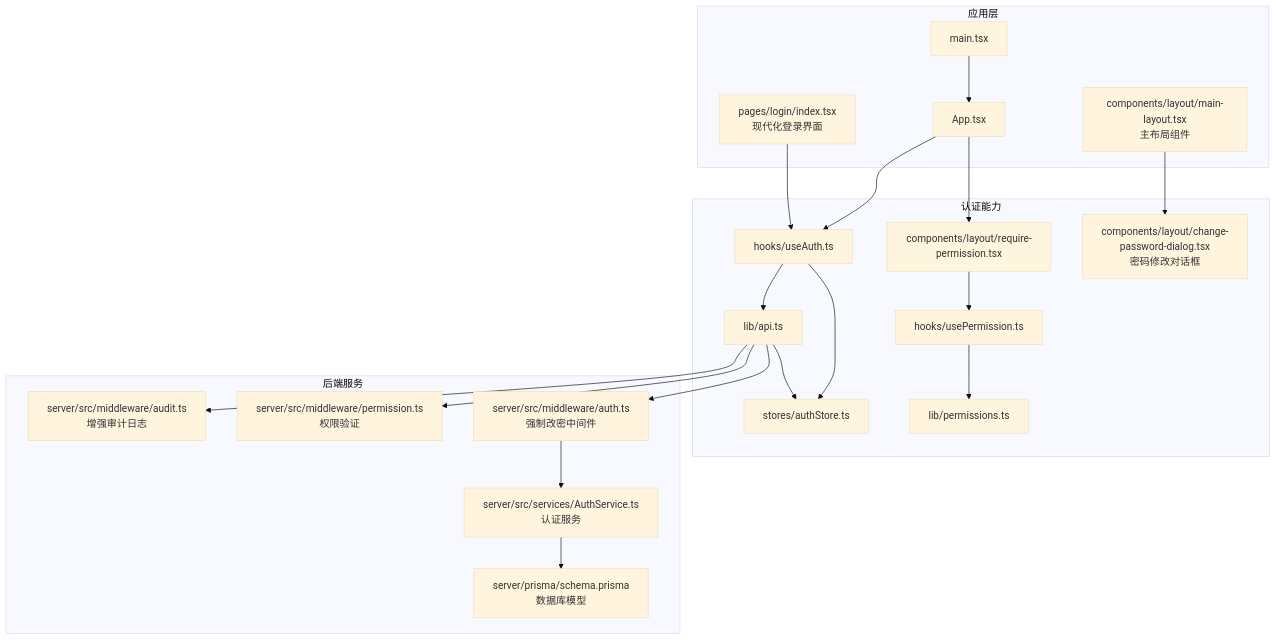
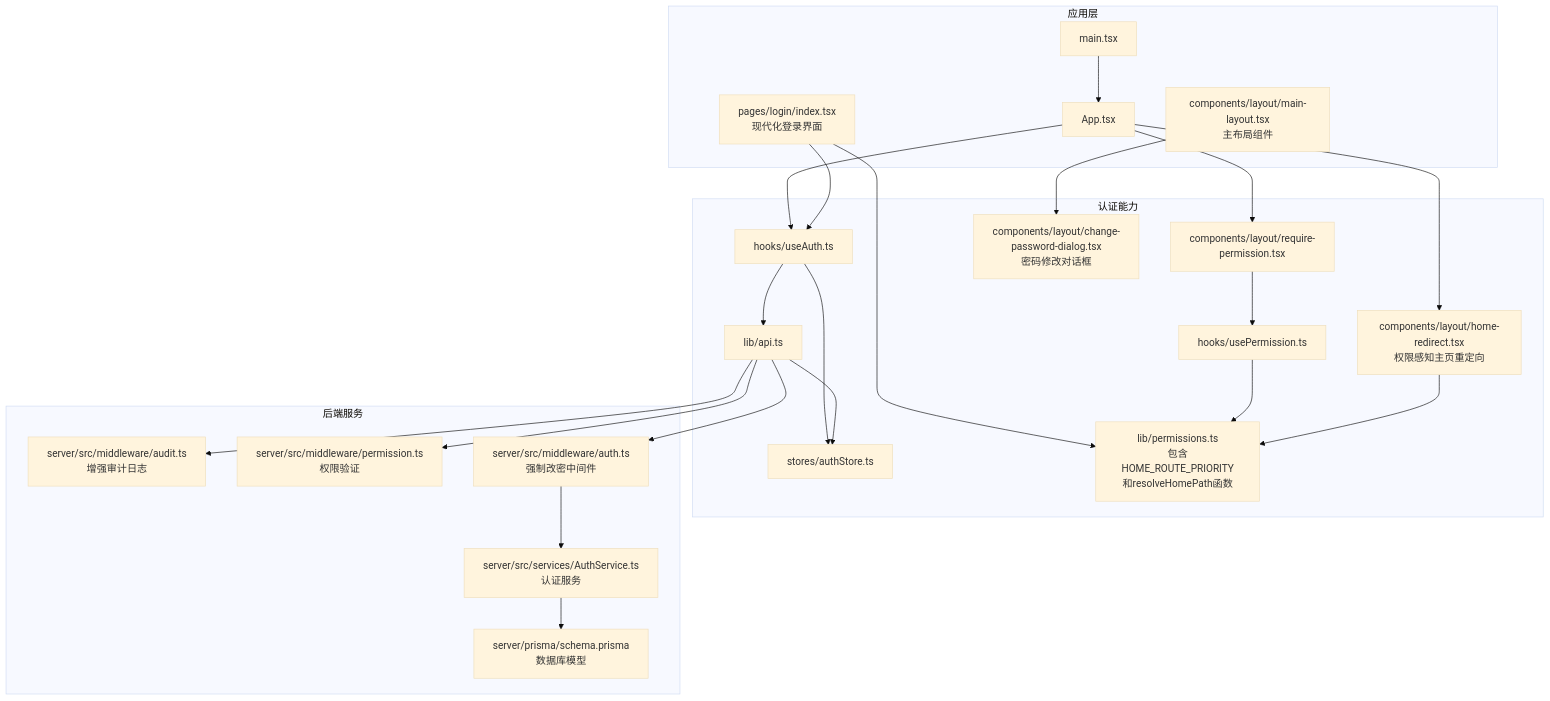
Before and after one commit to Damao997/newproject: the first of 12 diagrams in .qoder/repowiki/zh/content/核心模块/用户认证系统.md, drawn with Mermaid (base theme). The commit also changed other lines of this file and 57 other files, not shown here.

````diff
--- a/.qoder/repowiki/zh/content/核心模块/用户认证系统.md
+++ b/.qoder/repowiki/zh/content/核心模块/用户认证系统.md
@@ -65,40 +70,44 @@
 ```mermaid
 graph TB
 subgraph "应用层"
 APP["App.tsx"]
 MAIN["main.tsx"]
 LOGIN["pages/login/index.tsx<br/>现代化登录界面"]
 LAYOUT["components/layout/main-layout.tsx<br/>主布局组件"]
 end
 subgraph "认证能力"
 USEAUTH["hooks/useAuth.ts"]
 AUTHSTORE["stores/authStore.ts"]
 API["lib/api.ts"]
 PERMHOOK["hooks/usePermission.ts"]
-PERMLIB["lib/permissions.ts"]
+PERMLIB["lib/permissions.ts<br/>包含HOME_ROUTE_PRIORITY<br/>和resolveHomePath函数"]
 GUARD["components/layout/require-permission.tsx"]
 DIALOG["components/layout/change-password-dialog.tsx<br/>密码修改对话框"]
+HOMEREDIRECT["components/layout/home-redirect.tsx<br/>权限感知主页重定向"]
 end
 subgraph "后端服务"
 AUDIT["server/src/middleware/audit.ts<br/>增强审计日志"]
 PERMS["server/src/middleware/permission.ts<br/>权限验证"]
 AUTHMW["server/src/middleware/auth.ts<br/>强制改密中间件"]
 SERVICES["server/src/services/AuthService.ts<br/>认证服务"]
 SCHEMA["server/prisma/schema.prisma<br/>数据库模型"]
 end
 APP --> USEAUTH
 APP --> GUARD
+APP --> HOMEREDIRECT
 MAIN --> APP
 LOGIN --> USEAUTH
+LOGIN --> PERMLIB
 LAYOUT --> DIALOG
 USEAUTH --> AUTHSTORE
 USEAUTH --> API
 GUARD --> PERMHOOK
 PERMHOOK --> PERMLIB
 API --> AUTHSTORE
 API --> AUDIT
 API --> PERMS
 API --> AUTHMW
 AUTHMW --> SERVICES
 SERVICES --> SCHEMA
+HOMEREDIRECT --> PERMLIB
 ```
````
